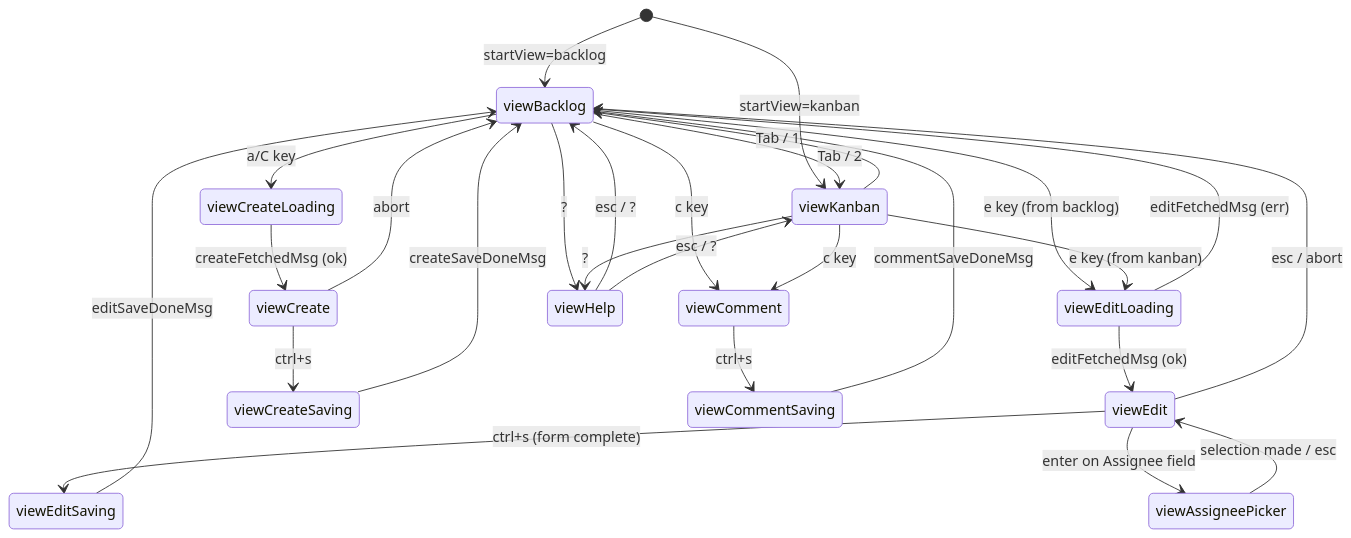
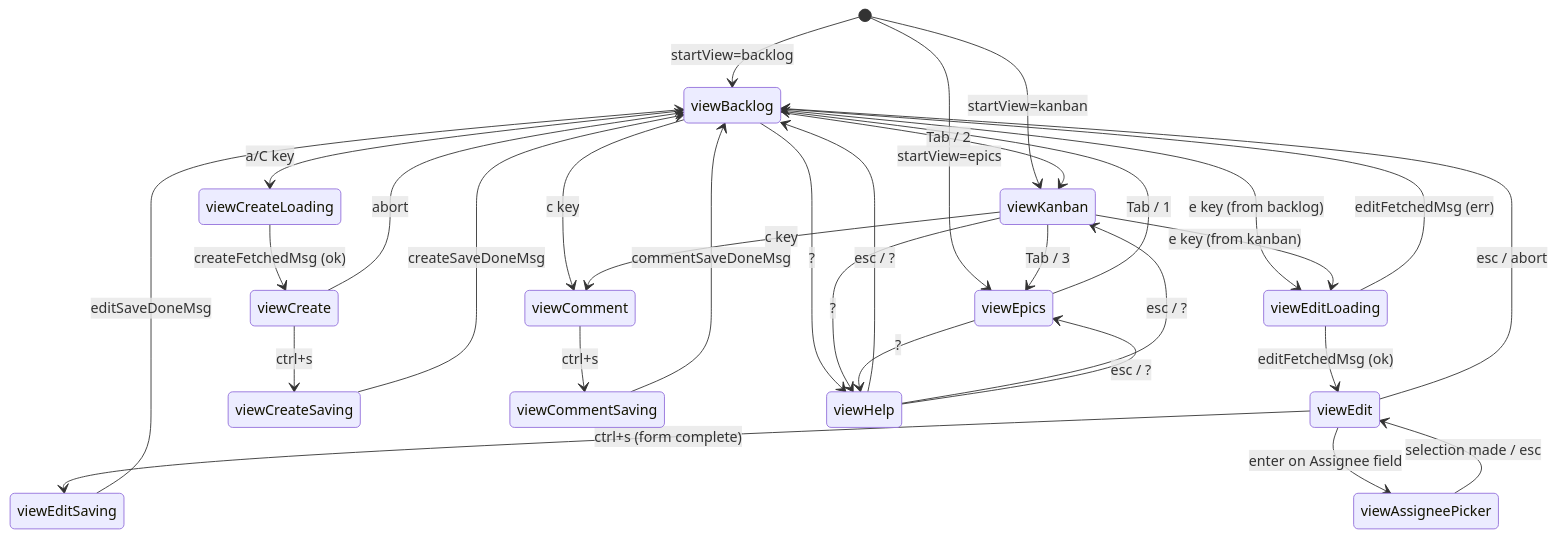
The first of 6 diagrams in docs/state-machines.md (justinmklam/tira), drawn with Mermaid before and after one commit. The commit also changed other lines of this file and 24 other files, not shown here.

````diff
--- a/docs/state-machines.md
+++ b/docs/state-machines.md
@@ -11,42 +11,46 @@
 ```mermaid
 stateDiagram-v2
     [*] --> viewBacklog : startView=backlog
     [*] --> viewKanban : startView=kanban
+    [*] --> viewEpics : startView=epics
     
     viewBacklog --> viewKanban : Tab / 2
-    viewKanban --> viewBacklog : Tab / 1
+    viewKanban --> viewEpics : Tab / 3
+    viewEpics --> viewBacklog : Tab / 1
     
     viewBacklog --> viewEditLoading : e key (from backlog)
     viewKanban --> viewEditLoading : e key (from kanban)
     
     viewEditLoading --> viewEdit : editFetchedMsg (ok)
     viewEditLoading --> viewBacklog : editFetchedMsg (err)
     
     viewEdit --> viewEditSaving : ctrl+s (form complete)
     viewEdit --> viewBacklog : esc / abort
     viewEdit --> viewAssigneePicker : enter on Assignee field
     
     viewEditSaving --> viewBacklog : editSaveDoneMsg
     
     viewAssigneePicker --> viewEdit : selection made / esc
     
     viewBacklog --> viewCreateLoading : a/C key
     viewCreateLoading --> viewCreate : createFetchedMsg (ok)
     
     viewCreate --> viewCreateSaving : ctrl+s
     viewCreate --> viewBacklog : abort
     
     viewCreateSaving --> viewBacklog : createSaveDoneMsg
     
     viewBacklog --> viewComment : c key
     viewKanban --> viewComment : c key
     
     viewComment --> viewCommentSaving : ctrl+s
     viewCommentSaving --> viewBacklog : commentSaveDoneMsg
     
     viewBacklog --> viewHelp : ?
     viewKanban --> viewHelp : ?
+    viewEpics --> viewHelp : ?
     
     viewHelp --> viewBacklog : esc / ?
     viewHelp --> viewKanban : esc / ?
+    viewHelp --> viewEpics : esc / ?
 ```
````
